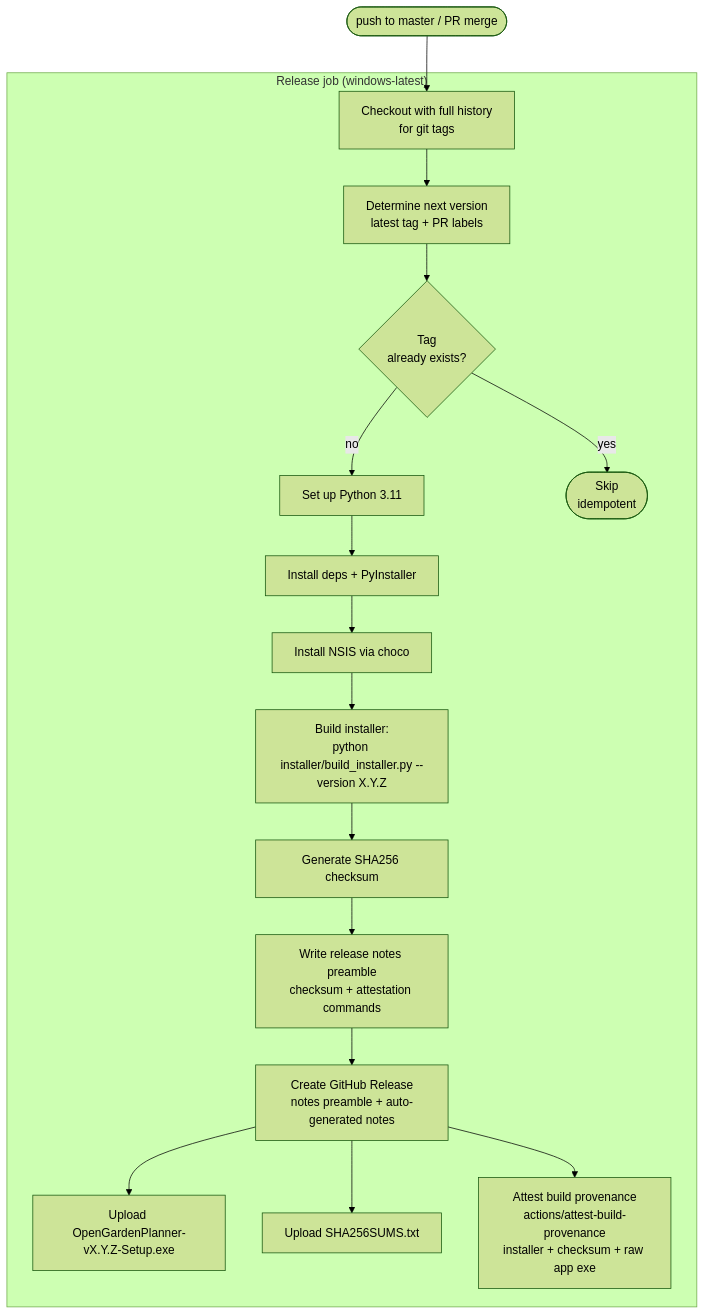
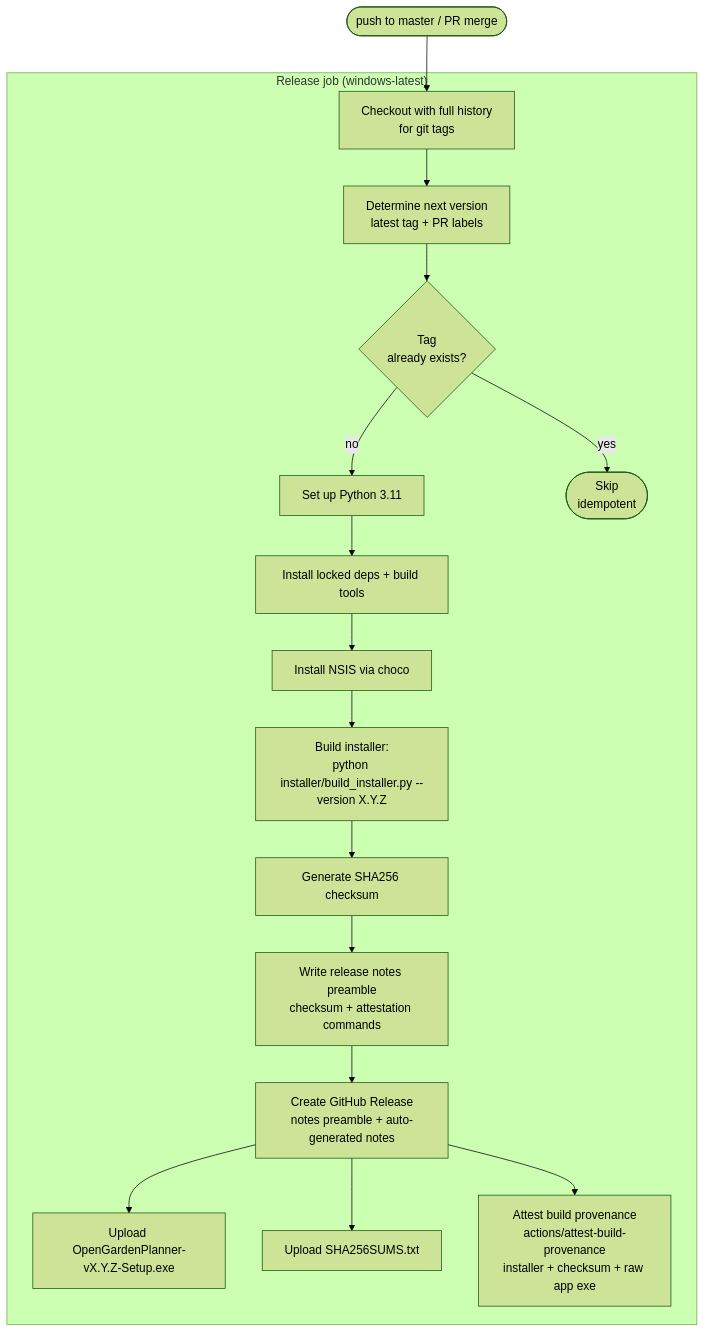
One commit to cofade/open-garden-planner changed the third of 3 diagrams in docs/07-deployment-view/README.md. Above: the diagram before and after it, drawn with Mermaid (forest theme). The commit also changed other lines of this file and 69 other files, not shown here.

````diff
--- a/docs/07-deployment-view/README.md
+++ b/docs/07-deployment-view/README.md
@@ -230,29 +241,29 @@
 ```mermaid
 flowchart TD
     Trigger(["push to master / PR merge"])
     subgraph Job["Release job (windows-latest)"]
         R1[Checkout with full history<br/>for git tags]
         R2[Determine next version<br/>latest tag + PR labels]
         R3{Tag<br/>already exists?}
         R4[Set up Python 3.11]
-        R5[Install deps + PyInstaller]
+        R5[Install locked deps + build tools]
         R6[Install NSIS via choco]
         R7["Build installer:<br/>python installer/build_installer.py --version X.Y.Z"]
         R8[Generate SHA256 checksum]
         R8b[Write release notes preamble<br/>checksum + attestation commands]
         R9[Create GitHub Release<br/>notes preamble + auto-generated notes]
         R10a[Upload OpenGardenPlanner-vX.Y.Z-Setup.exe]
         R10b[Upload SHA256SUMS.txt]
         R11["Attest build provenance<br/>actions/attest-build-provenance<br/>installer + checksum + raw app exe"]
         Skip([Skip<br/>idempotent])
 
         R1 --> R2 --> R3
         R3 -->|yes| Skip
         R3 -->|no| R4 --> R5 --> R6 --> R7 --> R8 --> R8b --> R9
         R9 --> R10a
         R9 --> R10b
         R9 --> R11
     end
 
     Trigger --> R1
 ```
````
